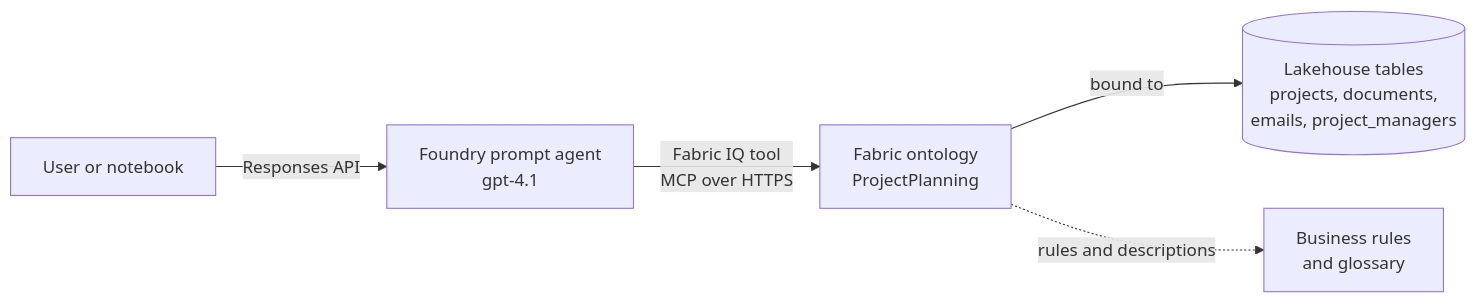
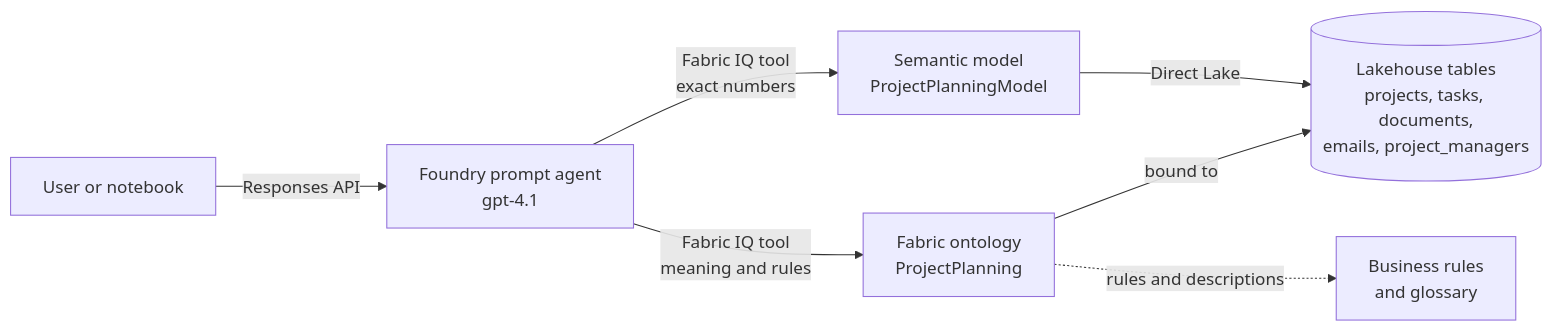
One commit to cpinotossi/cptdazagentprojectmanagment changed the first of 3 diagrams in docs/how-it-works.md. Above: the diagram before and after it, drawn with Mermaid. The commit also changed other lines of this file and 24 other files, not shown here.

First line of the commit message:
feat: add content understanding for PDFs and a semantic model for exact numbers

````diff
--- a/docs/how-it-works.md
+++ b/docs/how-it-works.md
@@ -20,7 +20,9 @@
 ```mermaid
 flowchart LR
     U[User or notebook] -->|Responses API| A[Foundry prompt agent<br/>gpt-4.1]
-    A -->|Fabric IQ tool<br/>MCP over HTTPS| O[Fabric ontology<br/>ProjectPlanning]
-    O -->|bound to| T[(Lakehouse tables<br/>projects, documents,<br/>emails, project_managers)]
+    A -->|Fabric IQ tool<br/>meaning and rules| O[Fabric ontology<br/>ProjectPlanning]
+    A -->|Fabric IQ tool<br/>exact numbers| S[Semantic model<br/>ProjectPlanningModel]
+    O -->|bound to| T[(Lakehouse tables<br/>projects, tasks, documents,<br/>emails, project_managers)]
+    S -->|Direct Lake| T
     O -.->|rules and descriptions| R[Business rules<br/>and glossary]
 ```
````
